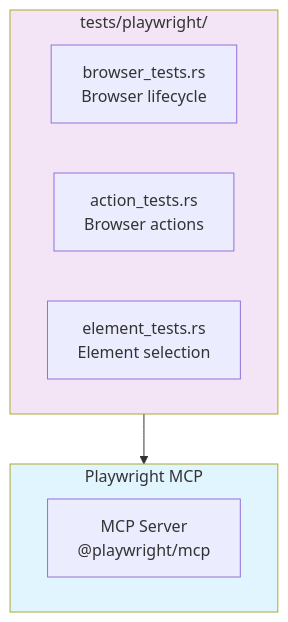
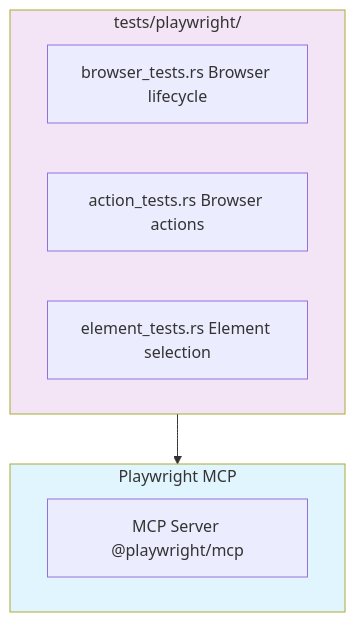
The eighth of 15 diagrams in wiki/Testing-Strategy.md (softwarewrighter/ui-test-rs), drawn with Mermaid before and after one commit. The commit also changed other lines of this file and 10 other files, not shown here.

First line of the commit message:
Fix wiki Mermaid diagrams: remove <br/> tags

````diff
--- a/wiki/Testing-Strategy.md
+++ b/wiki/Testing-Strategy.md
@@ -307,17 +307,17 @@
 ```mermaid
 graph TB
     subgraph PWTests["tests/playwright/"]
-        Browser[browser_tests.rs<br/>Browser lifecycle]
-        Actions[action_tests.rs<br/>Browser actions]
-        Elements[element_tests.rs<br/>Element selection]
+        Browser[browser_tests.rs Browser lifecycle]
+        Actions[action_tests.rs Browser actions]
+        Elements[element_tests.rs Element selection]
     end
 
     subgraph MCPServer["Playwright MCP"]
-        Server[MCP Server<br/>@playwright/mcp]
+        Server[MCP Server @playwright/mcp]
     end
 
     PWTests --> MCPServer
 
     style PWTests fill:#f3e5f5
     style MCPServer fill:#e1f5ff
 ```
````
